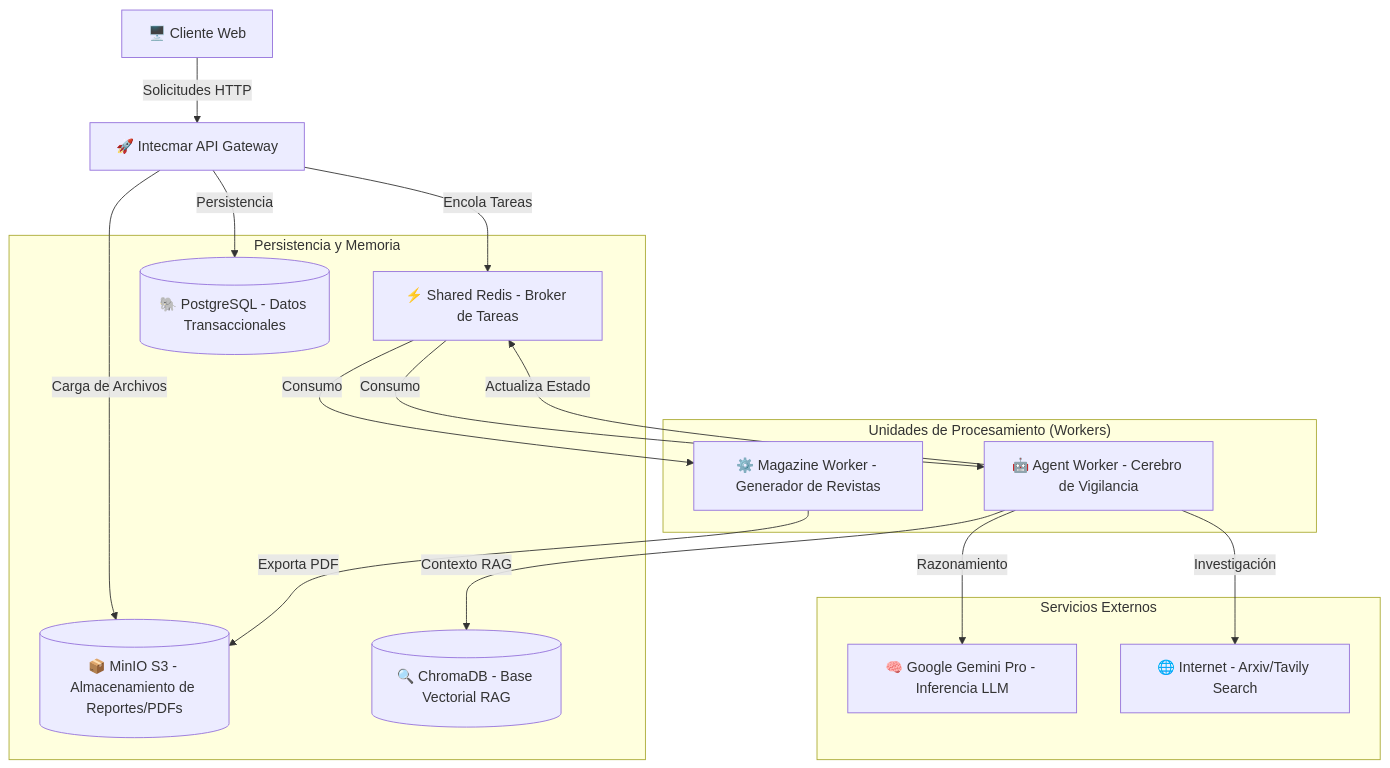
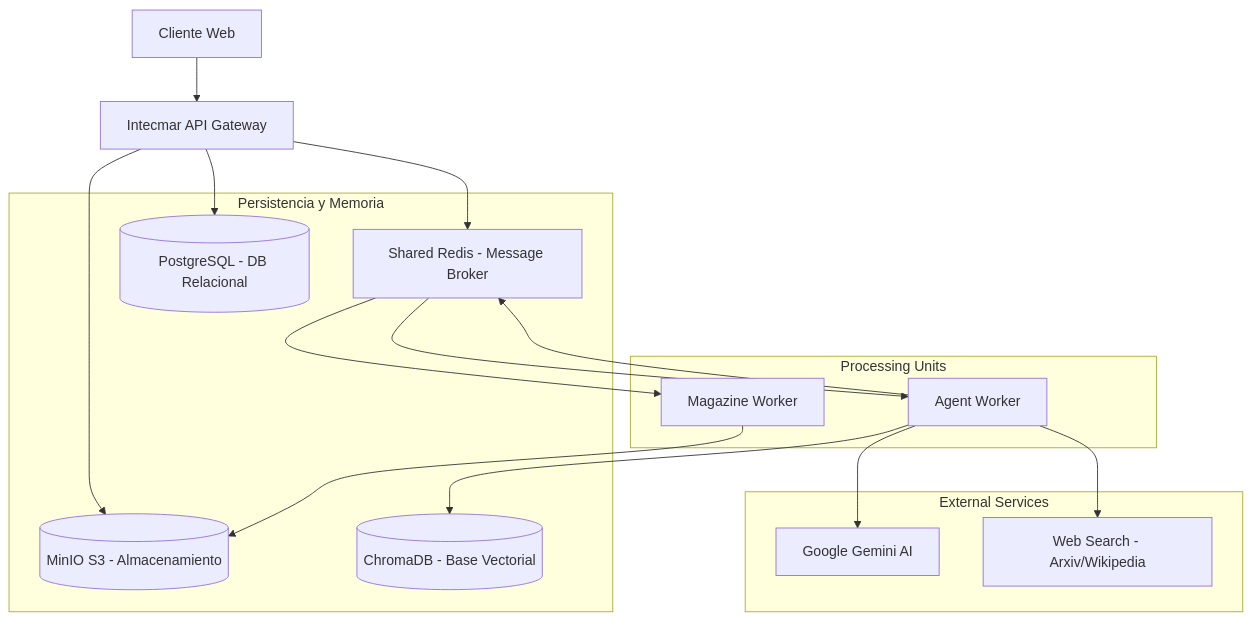
Before and after one commit to carlosDAC2020/Full_Agent_CTM: the first of 2 diagrams in README.md, drawn with Mermaid. The commit also changed other lines of this file, not shown here.

Commit message:
dearrollo de documentacion correccion de diagramas

````diff
--- a/README.md
+++ b/README.md
@@ -91,37 +91,36 @@
 ```mermaid
-graph TD
-    Client[🖥️ Cliente Web]
-    API[🚀 Intecmar API Gateway]
+flowchart TD
+    Client[Cliente Web]
+    API[Intecmar API Gateway]
     
-    subgraph "Persistencia y Memoria"
-        Redis[⚡ Shared Redis - Broker de Tareas]
-        DB[(🐘 PostgreSQL - Datos Transaccionales)]
-        MinIO[(📦 MinIO S3 - Almacenamiento de Reportes/PDFs)]
-        Chroma[(🔍 ChromaDB - Base Vectorial RAG)]
+    subgraph Infrastructure [Persistencia y Memoria]
+        Redis[Shared Redis - Message Broker]
+        DB[(PostgreSQL - DB Relacional)]
+        MinIO[(MinIO S3 - Almacenamiento)]
+        Chroma[(ChromaDB - Base Vectorial)]
     end
 
-    subgraph "Unidades de Procesamiento (Workers)"
-        MagWorker[⚙️ Magazine Worker - Generador de Revistas]
-        AgentWorker[🤖 Agent Worker - Cerebro de Vigilancia]
+    subgraph Processing [Processing Units]
+        MagWorker[Magazine Worker]
+        AgentWorker[Agent Worker]
     end
 
-    subgraph "Servicios Externos"
-        Gemini[🧠 Google Gemini Pro - Inferencia LLM]
-        Web[🌐 Internet - Arxiv/Tavily Search]
+    subgraph Services [External Services]
+        Gemini[Google Gemini AI]
+        Web[Web Search - Arxiv/Wikipedia]
     end
 
-    Client -->|Solicitudes HTTP| API
-    API -->|Persistencia| DB
-    API -->|Carga de Archivos| MinIO
-    API -->|Encola Tareas| Redis
+    Client --> API
+    API --> DB
+    API --> MinIO
+    API --> Redis
     
-    Redis -->|Consumo| MagWorker
-    Redis -->|Consumo| AgentWorker
+    Redis --> MagWorker
+    Redis --> AgentWorker
     
-    MagWorker -->|Exporta PDF| MinIO
-    
-    AgentWorker -->|Contexto RAG| Chroma
-    AgentWorker -->|Razonamiento| Gemini
-    AgentWorker -->|Investigación| Web
-    AgentWorker -->|Actualiza Estado| Redis
+    MagWorker --> MinIO
+    AgentWorker --> Chroma
+    AgentWorker --> Gemini
+    AgentWorker --> Web
+    AgentWorker --> Redis
 ```
````
